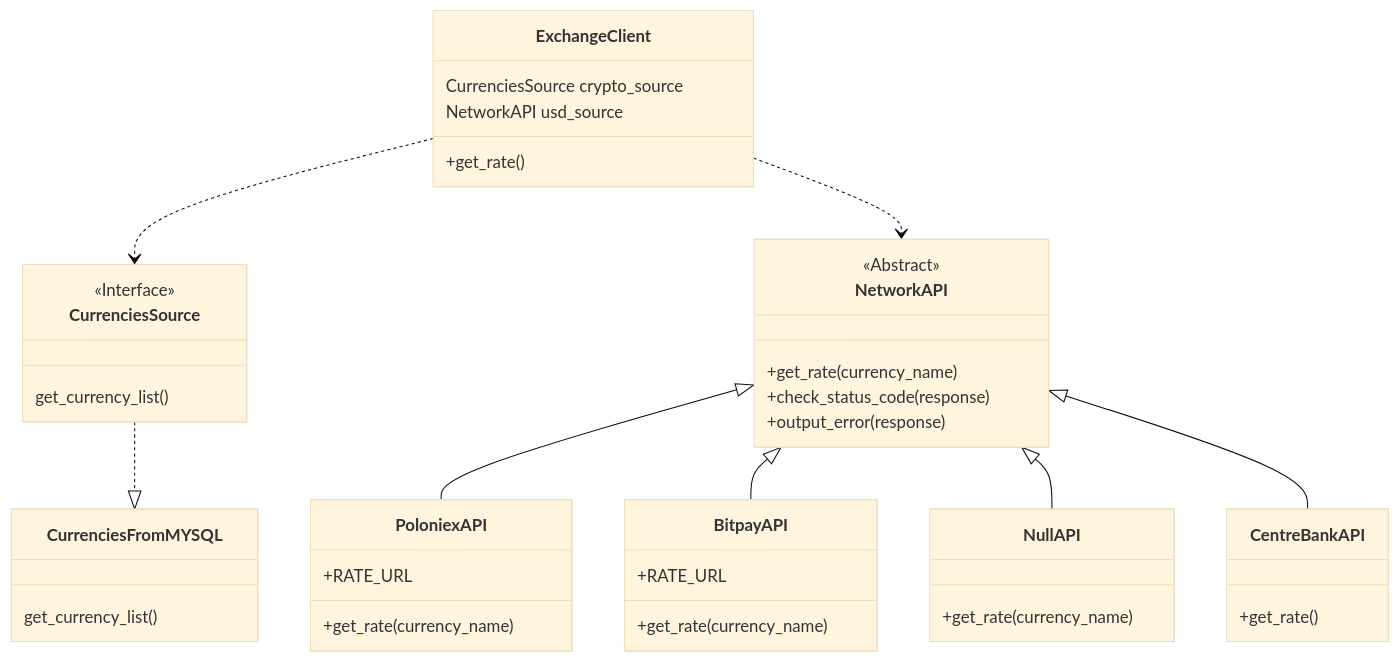
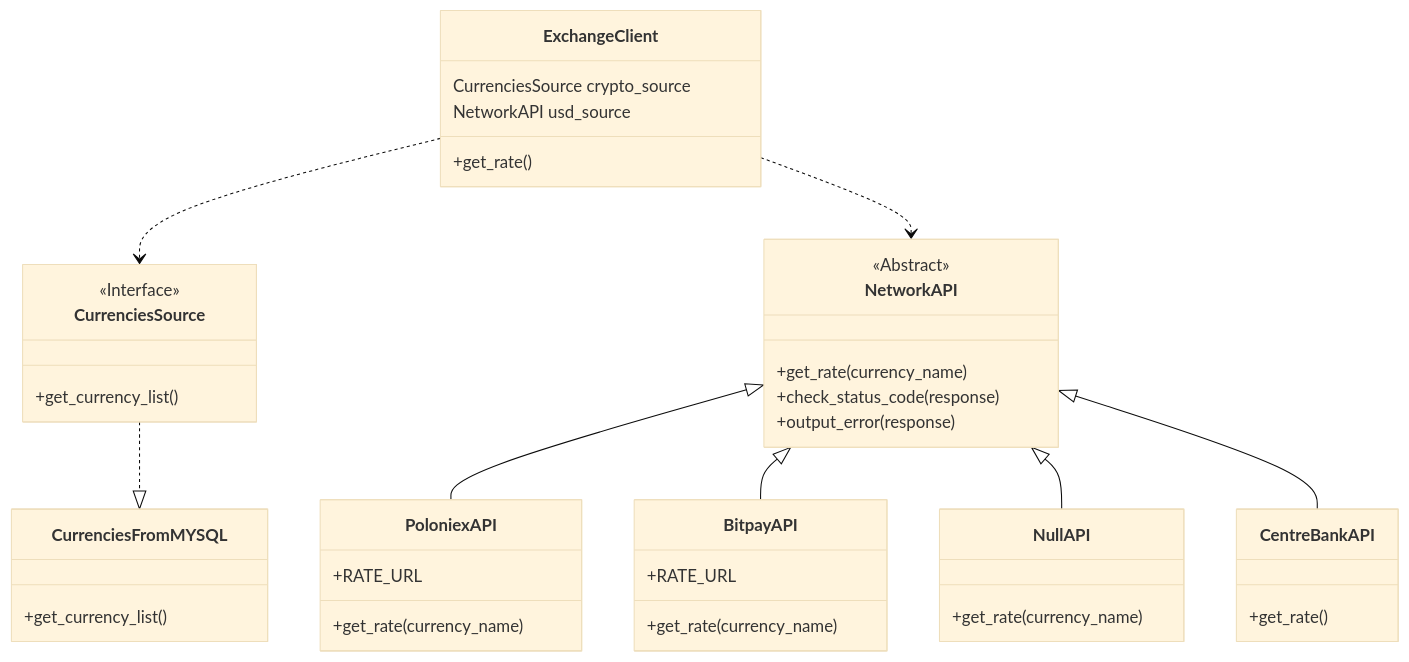
The diagram in README.md (makeevnikita/Exchange), drawn with Mermaid (base theme) before and after one commit.

````diff
--- a/README.md
+++ b/README.md
@@ -55,42 +55,42 @@
 ```mermaid
 classDiagram
 class NetworkAPI {
   <<Abstract>>
   +get_rate(currency_name)
   +check_status_code(response)
   +output_error(response)
 }
 class PoloniexAPI {
   +RATE_URL
   +get_rate(currency_name)
 }
 NetworkAPI <|-- PoloniexAPI
 class BitpayAPI {
   +RATE_URL
   +get_rate(currency_name)
 }
 NetworkAPI <|-- BitpayAPI
 class NullAPI {
   +get_rate(currency_name)
 }
 NetworkAPI <|-- NullAPI
 class ExchangeClient {
   CurrenciesSource crypto_source
   NetworkAPI usd_source
   +get_rate()
 }
 ExchangeClient ..> CurrenciesSource
 ExchangeClient ..> NetworkAPI
 class CurrenciesSource {
   <<Interface>>
-  get_currency_list()
+  +get_currency_list()
 }
 class CurrenciesFromMYSQL {
-  get_currency_list()
+  +get_currency_list()
 }
 CurrenciesSource ..|> CurrenciesFromMYSQL 
 class CentreBankAPI {
   +get_rate()
 }
 NetworkAPI <|-- CentreBankAPI
 ```
````
